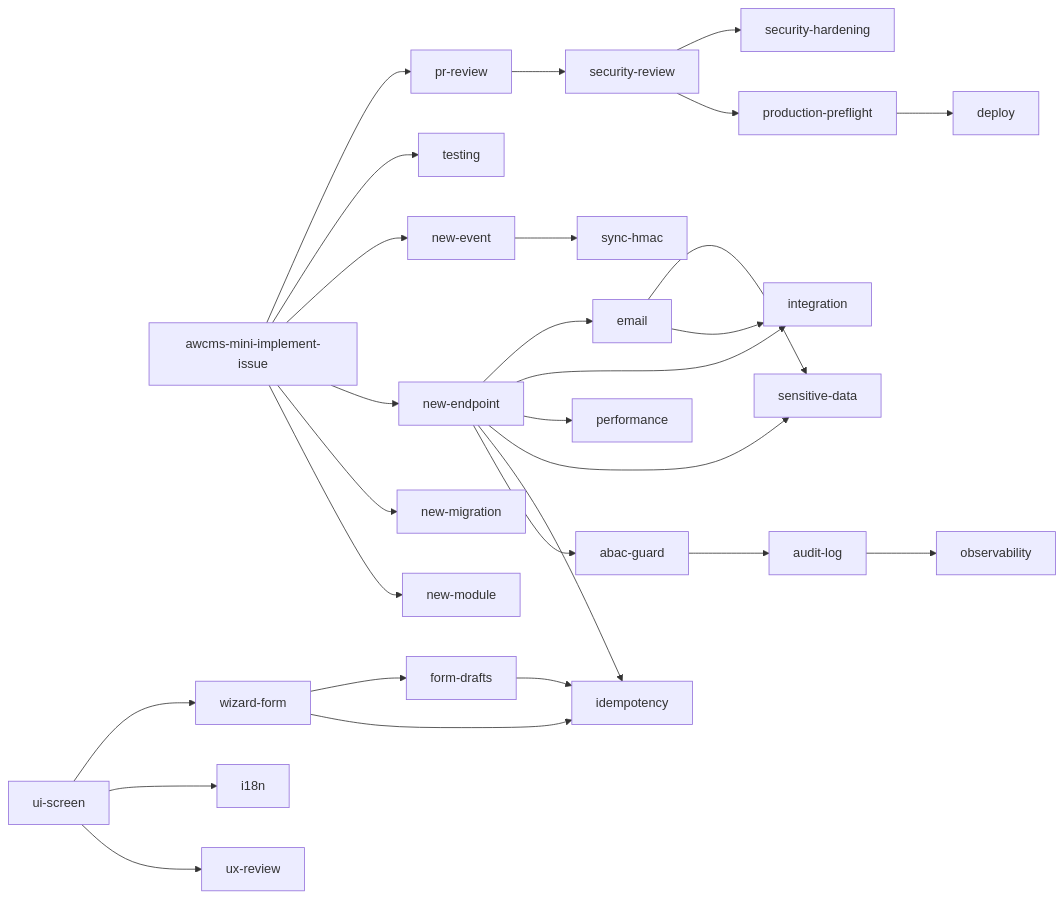
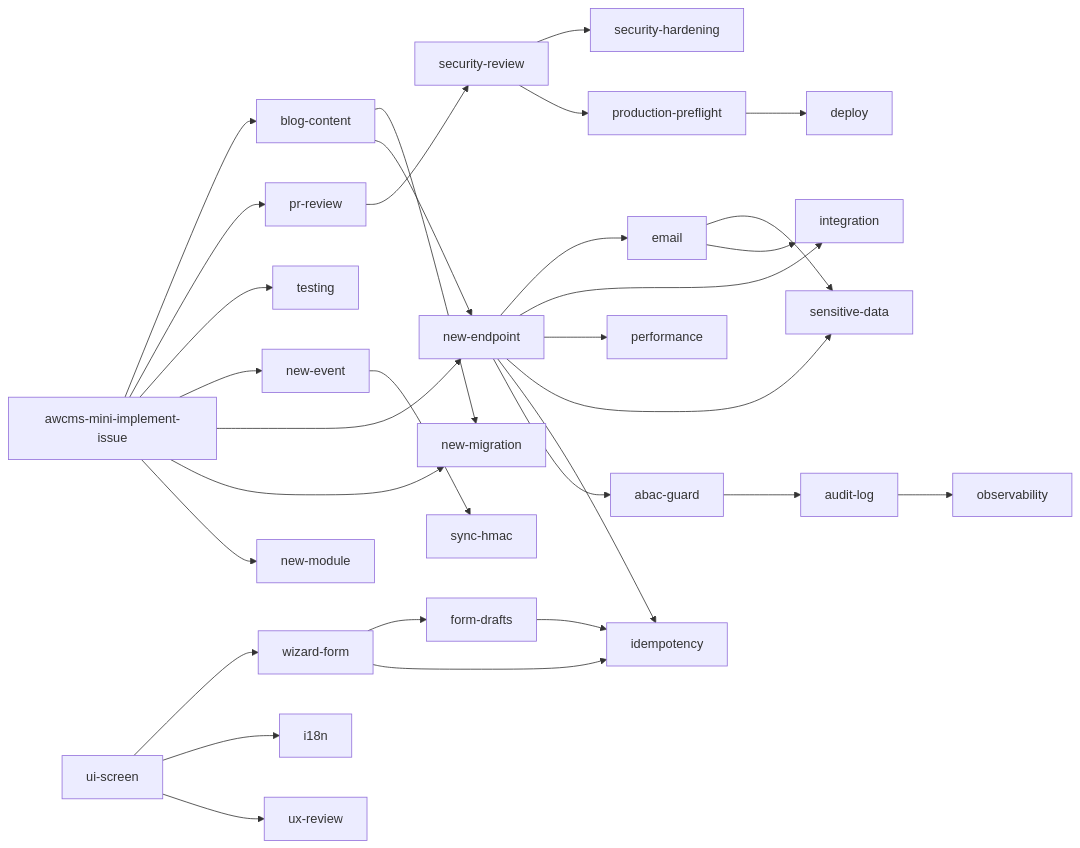
One commit to ahliweb/awcms-mini changed the third of 5 diagrams in AGENTS.md. Above: the diagram before and after it, drawn with Mermaid. The commit also changed other lines of this file and 18 other files, not shown here.

First line of the commit message:
feat(blog-content): scaffold blog_content module foundation (Issue #537) (#545)

````diff
--- a/AGENTS.md
+++ b/AGENTS.md
@@ -137,28 +138,31 @@
 ```mermaid
 flowchart LR
   II[awcms-mini-implement-issue] --> NM[new-module]
   II --> MIG[new-migration]
   II --> EP[new-endpoint]
   II --> EV[new-event]
   II --> TST[testing]
   EP --> ABAC[abac-guard]
   EP --> IDEM[idempotency]
   ABAC --> AUD[audit-log]
   AUD --> OBS[observability]
   EP --> SD[sensitive-data]
   EV --> SYNC[sync-hmac]
   II --> PR[pr-review] --> SEC[security-review] --> PF[production-preflight]
   PF --> DEP[deploy]
   UI2[ui-screen] --> UXR[ux-review]
   UI2 --> I18N[i18n]
   UI2 --> WIZ[wizard-form]
   WIZ --> IDEM
   WIZ --> DRAFT[form-drafts]
   DRAFT --> IDEM
   EP --> PERF[performance]
   EP --> INT[integration]
   SEC --> HARD[security-hardening]
   EP --> EMAIL[email]
   EMAIL --> INT
   EMAIL --> SD
+  II --> BLOG[blog-content]
+  BLOG --> EP
+  BLOG --> MIG
 ```
````
